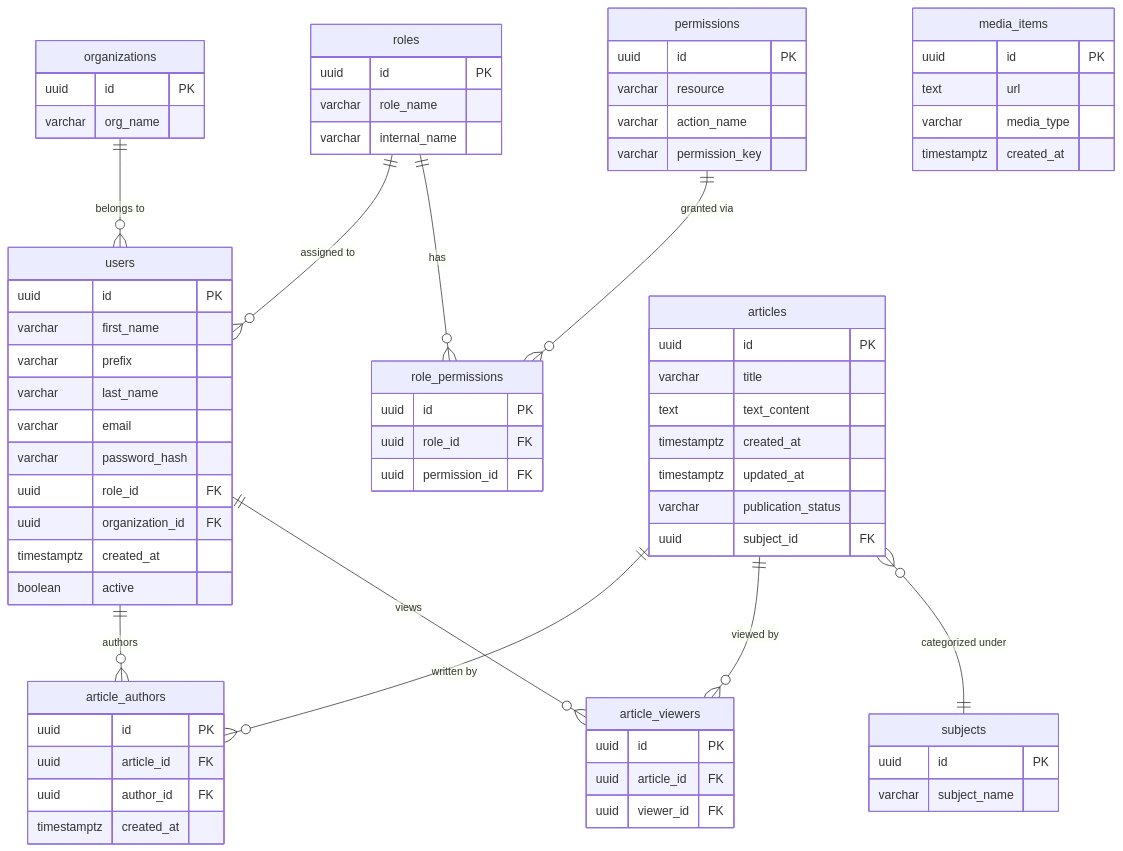
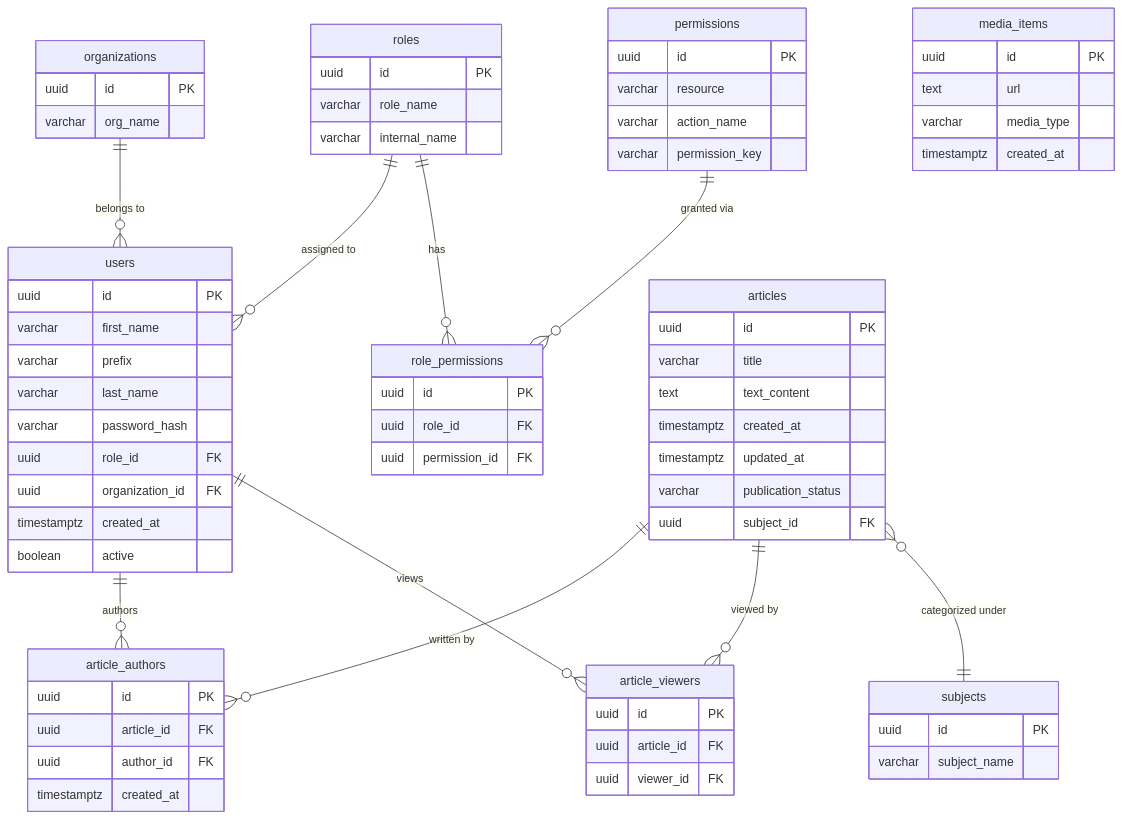
One commit to fayece/INFDTS01_Hardwerkende-Nederlanders changed the diagram in hr-cms/docs/pii-classification-postgresql.md. Above: the diagram before and after it, drawn with Mermaid. The commit also changed other lines of this file and 2 other files, not shown here.

````diff
--- a/hr-cms/docs/pii-classification-postgresql.md
+++ b/hr-cms/docs/pii-classification-postgresql.md
@@ -21,75 +23,74 @@
 ```mermaid
 erDiagram
     organizations ||--o{ users : "belongs to"
     roles ||--o{ users : "assigned to"
     roles ||--o{ role_permissions : "has"
     permissions ||--o{ role_permissions : "granted via"
     users ||--o{ article_authors : "authors"
     articles ||--o{ article_authors : "written by"
     articles ||--o{ article_viewers : "viewed by"
     users ||--o{ article_viewers : "views"
     articles }o--|| subjects : "categorized under"
 
     organizations {
         uuid id PK
         varchar org_name
     }
     roles {
         uuid id PK
         varchar role_name
         varchar internal_name
     }
     permissions {
         uuid id PK
         varchar resource
         varchar action_name
         varchar permission_key
     }
     role_permissions {
         uuid id PK
         uuid role_id FK
         uuid permission_id FK
     }
     users {
         uuid id PK
         varchar first_name
         varchar prefix
         varchar last_name
-        varchar email
         varchar password_hash
         uuid role_id FK
         uuid organization_id FK
         timestamptz created_at
         boolean active
     }
     subjects {
         uuid id PK
         varchar subject_name
     }
     articles {
         uuid id PK
         varchar title
         text text_content
         timestamptz created_at
         timestamptz updated_at
         varchar publication_status
         uuid subject_id FK
     }
     article_authors {
         uuid id PK
         uuid article_id FK
         uuid author_id FK
         timestamptz created_at
     }
     article_viewers {
         uuid id PK
         uuid article_id FK
         uuid viewer_id FK
     }
     media_items {
         uuid id PK
         text url
         varchar media_type
         timestamptz created_at
     }
 ```
````
